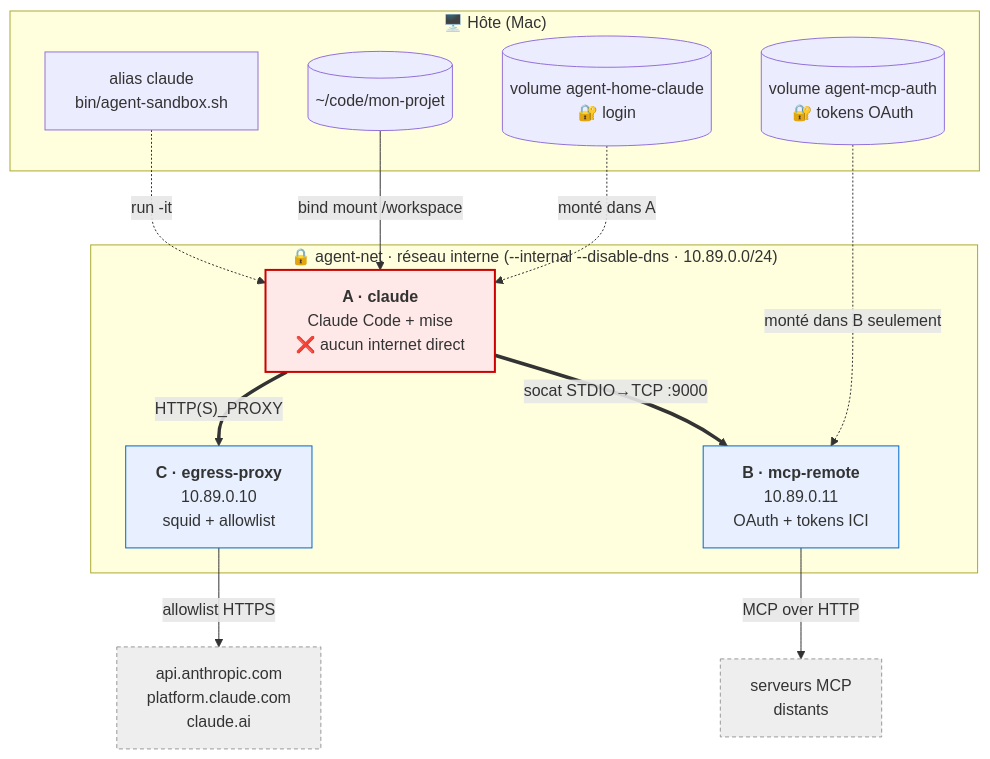
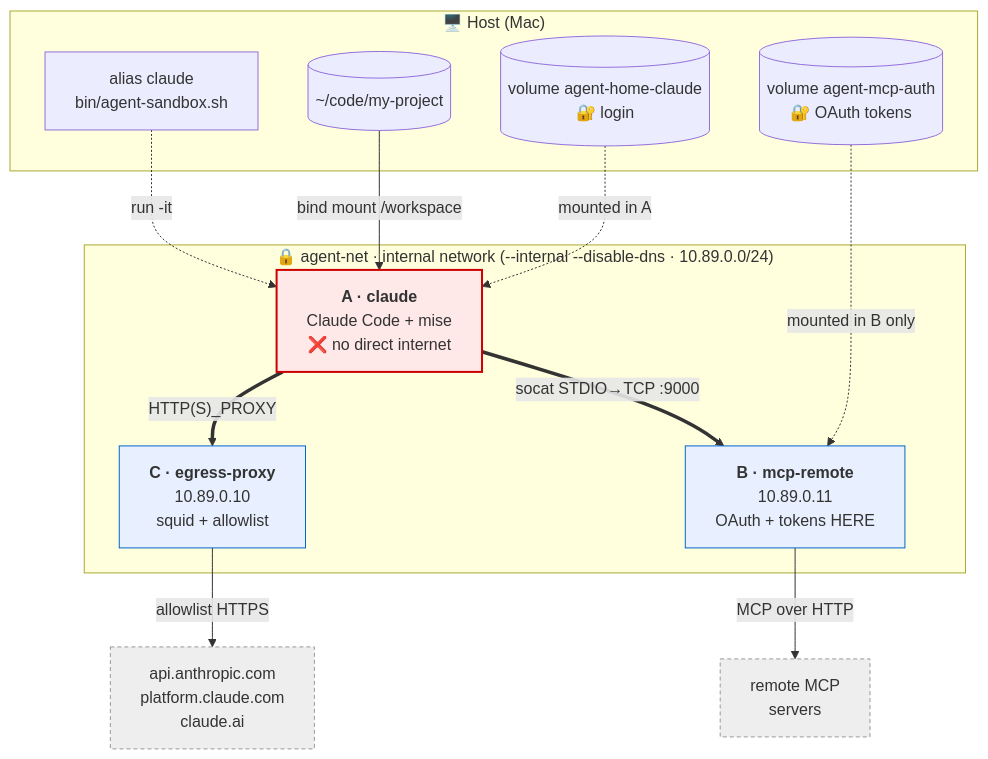
The first of 2 diagrams in README.md (Akeuuh/agent-airlock), drawn with Mermaid before and after one commit. The commit also changed other lines of this file and 28 other files, not shown here.

````diff
--- a/README.md
+++ b/README.md
@@ -43,35 +43,35 @@
 ```mermaid
 flowchart TB
-    subgraph host["🖥️ Hôte (Mac)"]
+    subgraph host["🖥️ Host (Mac)"]
         launcher["alias claude<br/>bin/agent-sandbox.sh"]
-        code[("~/code/mon-projet")]
+        code[("~/code/my-project")]
         vh[("volume agent-home-claude<br/>🔐 login")]
-        vm[("volume agent-mcp-auth<br/>🔐 tokens OAuth")]
+        vm[("volume agent-mcp-auth<br/>🔐 OAuth tokens")]
     end
 
-    subgraph net["🔒 agent-net · réseau interne (--internal --disable-dns · 10.89.0.0/24)"]
-        A["<b>A · claude</b><br/>Claude Code + mise<br/>❌ aucun internet direct"]
+    subgraph net["🔒 agent-net · internal network (--internal --disable-dns · 10.89.0.0/24)"]
+        A["<b>A · claude</b><br/>Claude Code + mise<br/>❌ no direct internet"]
         C["<b>C · egress-proxy</b><br/>10.89.0.10<br/>squid + allowlist"]
-        B["<b>B · mcp-remote</b><br/>10.89.0.11<br/>OAuth + tokens ICI"]
+        B["<b>B · mcp-remote</b><br/>10.89.0.11<br/>OAuth + tokens HERE"]
     end
 
     anthropic["api.anthropic.com<br/>platform.claude.com<br/>claude.ai"]
-    mcpsrv["serveurs MCP<br/>distants"]
+    mcpsrv["remote MCP<br/>servers"]
 
     launcher -. "run -it" .-> A
     code -->|bind mount /workspace| A
-    vh -. monté dans A .-> A
-    vm -. monté dans B seulement .-> B
+    vh -. mounted in A .-> A
+    vm -. mounted in B only .-> B
 
     A ==>|"HTTP(S)_PROXY"| C
     A ==>|"socat STDIO→TCP :9000"| B
     C -->|allowlist HTTPS| anthropic
     B -->|MCP over HTTP| mcpsrv
 
     classDef isolated fill:#ffe8e8,stroke:#c00,stroke-width:2px;
     classDef gateway fill:#e8f0ff,stroke:#06c;
     classDef ext fill:#eee,stroke:#999,stroke-dasharray:4 3;
     class A isolated;
     class B,C gateway;
     class anthropic,mcpsrv ext;
 ```
````
